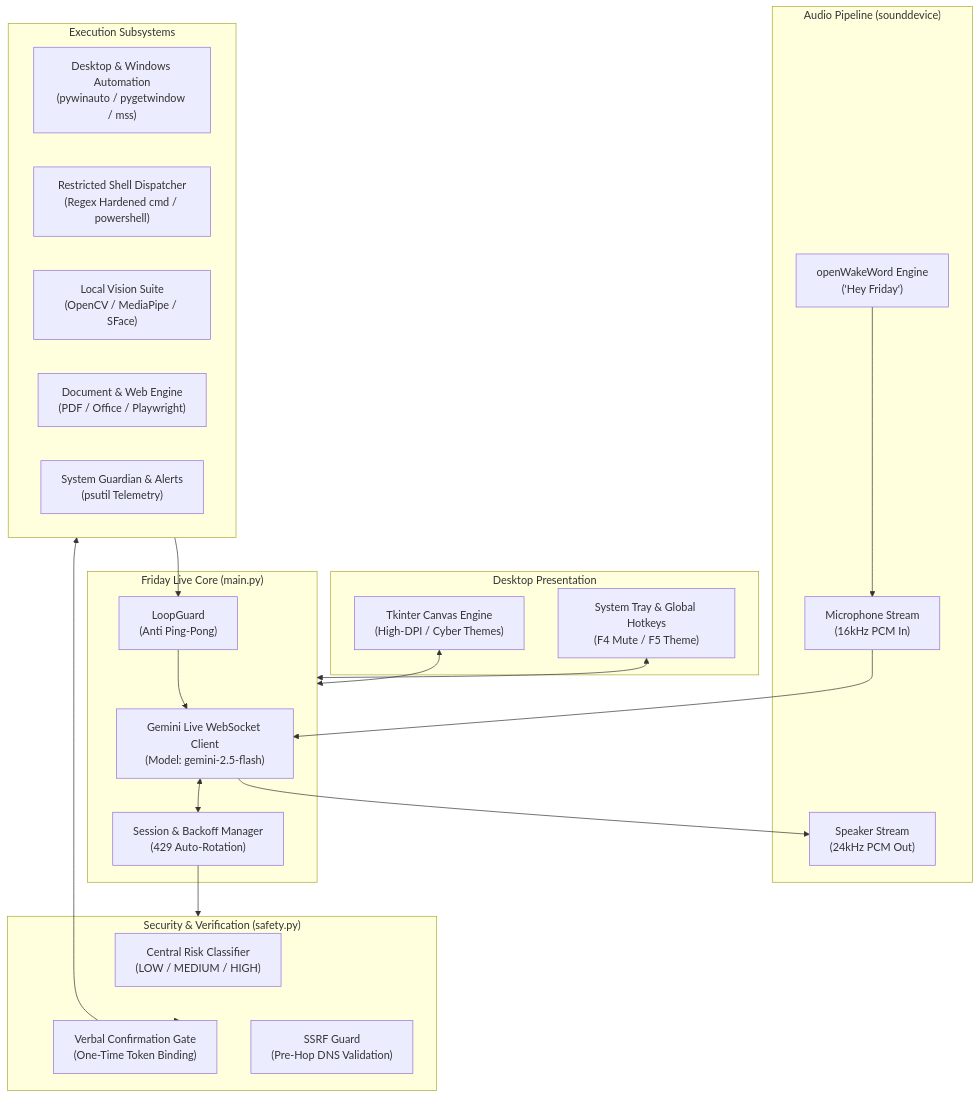
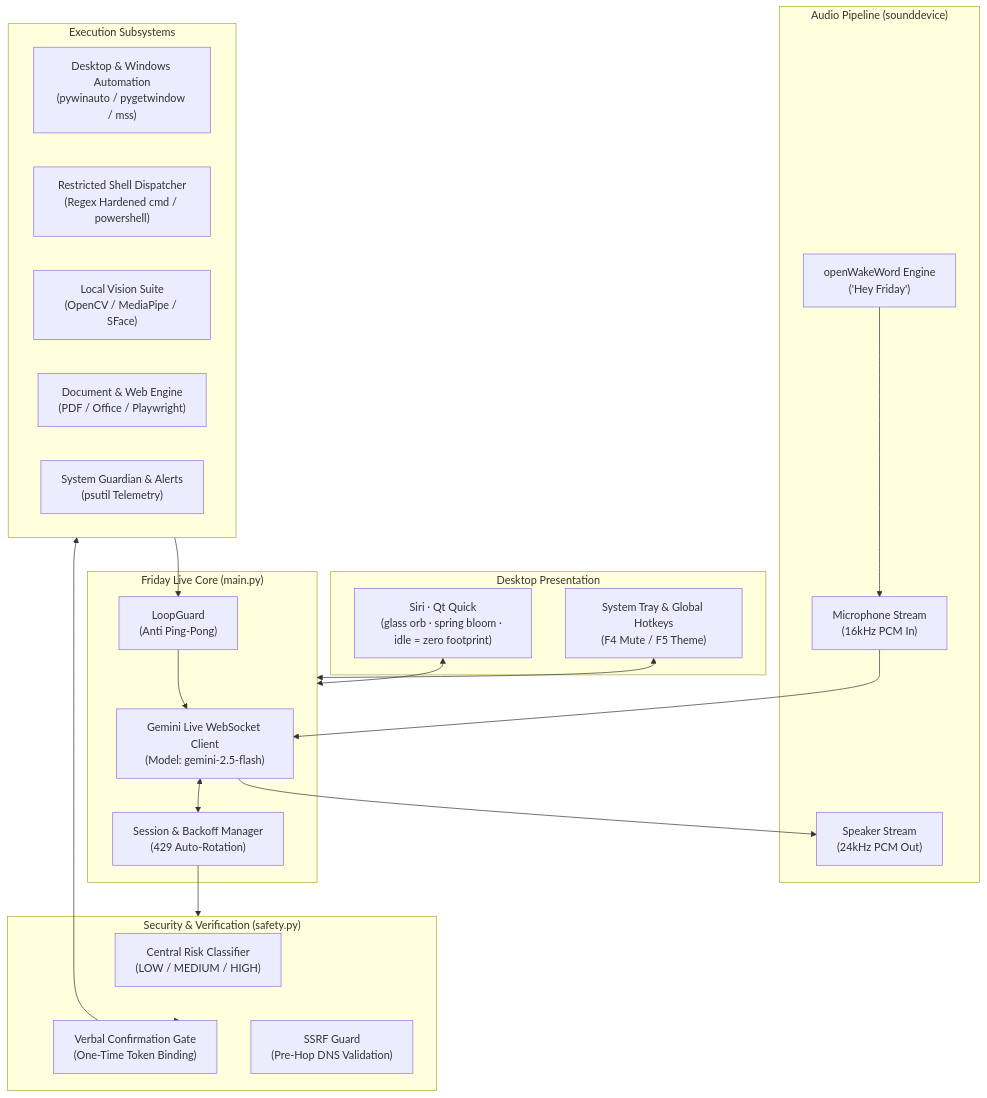
Before and after one commit to mayankkashyap05/FRIDAY: the diagram in readme.md, drawn with Mermaid. The commit also changed 22 other files, not shown here.

````diff
--- a/readme.md
+++ b/readme.md
@@ -50,45 +50,45 @@
 ```mermaid
 flowchart TD
     subgraph UserInterface["Desktop Presentation"]
-        UI["Tkinter Canvas Engine<br>(High-DPI / Cyber Themes)"]
+        UI["Siri · Qt Quick<br>(glass orb · spring bloom · idle = zero footprint)"]
         Tray["System Tray & Global Hotkeys<br>(F4 Mute / F5 Theme)"]
     end
 
     subgraph AudioEngine["Audio Pipeline (sounddevice)"]
         Mic["Microphone Stream<br>(16kHz PCM In)"]
         Spk["Speaker Stream<br>(24kHz PCM Out)"]
         Wake["openWakeWord Engine<br>('Hey Friday')"]
     end
 
     subgraph CoreEngine["Friday Live Core (main.py)"]
         LiveWS["Gemini Live WebSocket Client<br>(Model: gemini-2.5-flash)"]
         SessionMgr["Session & Backoff Manager<br>(429 Auto-Rotation)"]
         LoopGuard["LoopGuard<br>(Anti Ping-Pong)"]
     end
 
     subgraph SafetyGate["Security & Verification (safety.py)"]
         RiskEngine["Central Risk Classifier<br>(LOW / MEDIUM / HIGH)"]
         ConsentGate["Verbal Confirmation Gate<br>(One-Time Token Binding)"]
         SSRF["SSRF Guard<br>(Pre-Hop DNS Validation)"]
     end
 
     subgraph ToolDispatch["Execution Subsystems"]
         DesktopAction["Desktop & Windows Automation<br>(pywinauto / pygetwindow / mss)"]
         ShellAction["Restricted Shell Dispatcher<br>(Regex Hardened cmd / powershell)"]
         VisionSuite["Local Vision Suite<br>(OpenCV / MediaPipe / SFace)"]
         DocQA["Document & Web Engine<br>(PDF / Office / Playwright)"]
         Watchdogs["System Guardian & Alerts<br>(psutil Telemetry)"]
     end
 
     Mic --> LiveWS
     LiveWS --> Spk
     Wake --> Mic
     UI <--> CoreEngine
     Tray <--> CoreEngine
     LiveWS <--> SessionMgr
     SessionMgr --> SafetyGate
     SafetyGate --> ConsentGate
     ConsentGate --> ToolDispatch
     ToolDispatch --> LoopGuard
     LoopGuard --> LiveWS
 ```
````
